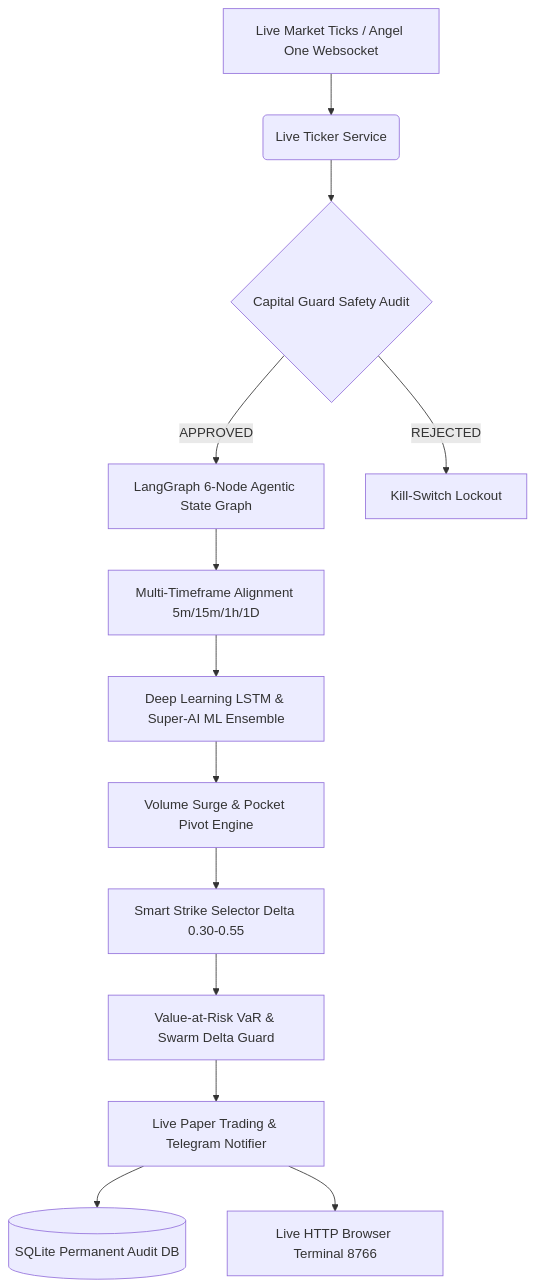
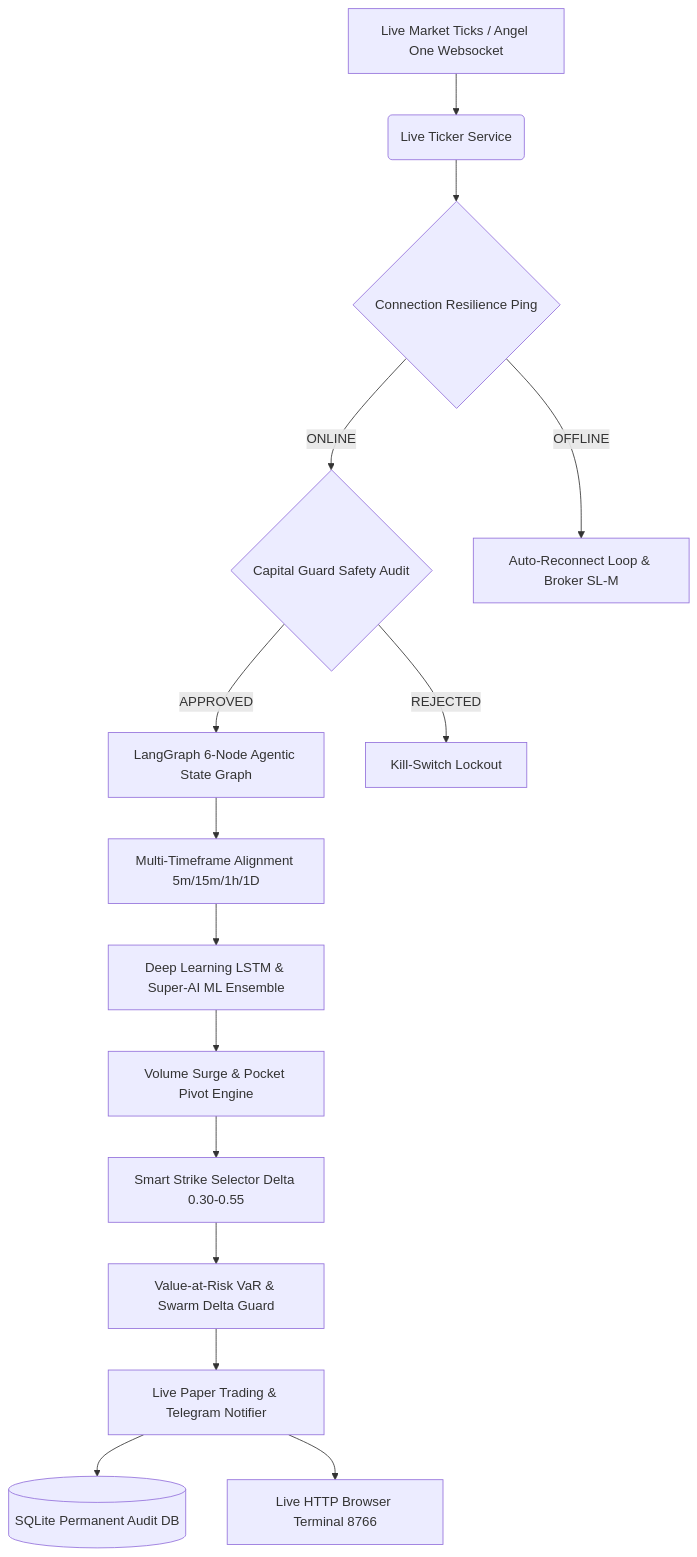
One commit to mohit11kmr/nifty-research changed the diagram in README.md. Above: the diagram before and after it, drawn with Mermaid. The commit also changed other lines of this file, not shown here.

Commit message:
Update README.md with 17/17 test verification and connection_resilience integration

````diff
--- a/README.md
+++ b/README.md
@@ -19,15 +19,17 @@
 ```mermaid
 graph TD
     A[Live Market Ticks / Angel One Websocket] --> B(Live Ticker Service)
-    B --> C{Capital Guard Safety Audit}
+    B --> ConnectionGuard{Connection Resilience Ping}
+    ConnectionGuard -->|ONLINE| C{Capital Guard Safety Audit}
+    ConnectionGuard -->|OFFLINE| R[Auto-Reconnect Loop & Broker SL-M]
     C -->|APPROVED| D[LangGraph 6-Node Agentic State Graph]
     C -->|REJECTED| K[Kill-Switch Lockout]
     D --> E[Multi-Timeframe Alignment 5m/15m/1h/1D]
     E --> F[Deep Learning LSTM & Super-AI ML Ensemble]
     F --> G[Volume Surge & Pocket Pivot Engine]
     G --> H[Smart Strike Selector Delta 0.30-0.55]
     H --> I[Value-at-Risk VaR & Swarm Delta Guard]
     I --> J[Live Paper Trading & Telegram Notifier]
     J --> L[(SQLite Permanent Audit DB)]
     J --> M[Live HTTP Browser Terminal 8766]
 ```
````
